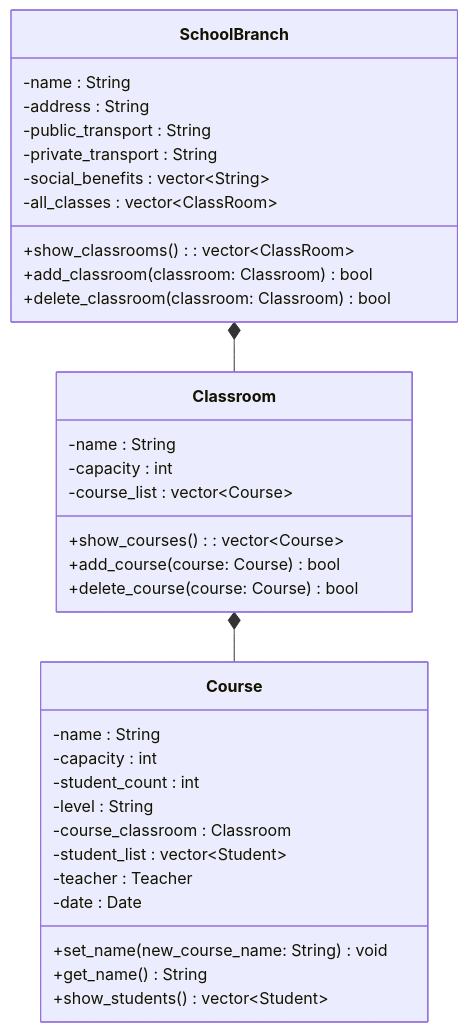
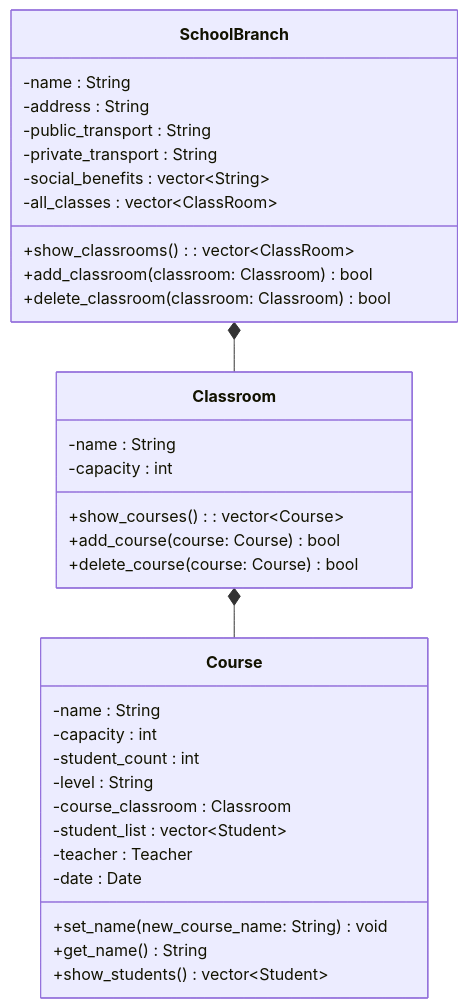
The eighth of 9 diagrams in Project/UML_Diag.md (ondergormez/BLM3722_Software_Engineering), drawn with Mermaid before and after one commit. The commit also changed 4 other files, not shown here.

````diff
--- a/Project/UML_Diag.md
+++ b/Project/UML_Diag.md
@@ -156,39 +156,38 @@
 ```mermaid
 classDiagram
     SchoolBranch *-- Classroom 
     Classroom *-- Course
     class SchoolBranch{
         -name : String
         -address : String
         -public_transport : String
         -private_transport : String
         -social_benefits : vector~String~ 
         -all_classes : vector~ClassRoom~ 
         +show_classrooms() : vector~ClassRoom~
         +add_classroom(classroom: Classroom) bool
         +delete_classroom(classroom: Classroom) bool
     }
 
     class Classroom{
         -name : String
         -capacity : int
-        -course_list : vector~Course~
         +show_courses() : vector~Course~
         +add_course(course: Course) bool
         +delete_course(course: Course) bool       
     }
 
     class Course{
         -name : String
         -capacity : int
         -student_count : int
         -level : String
         -course_classroom : Classroom
         -student_list : vector~Student~
         -teacher : Teacher
         -date : Date
         +set_name(new_course_name: String) void
         +get_name() String
         +show_students()  vector~Student~
     }
 ```
````
